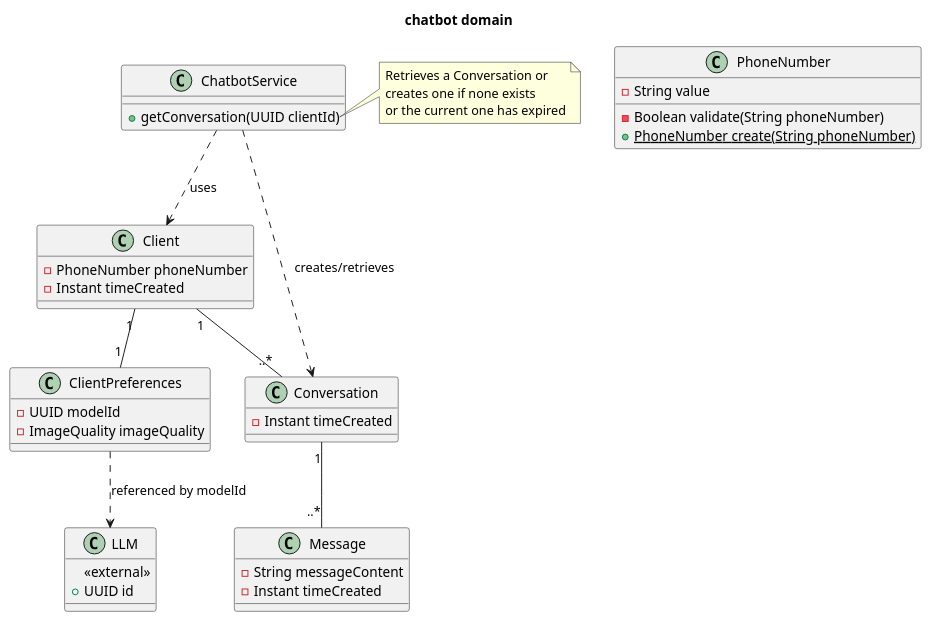
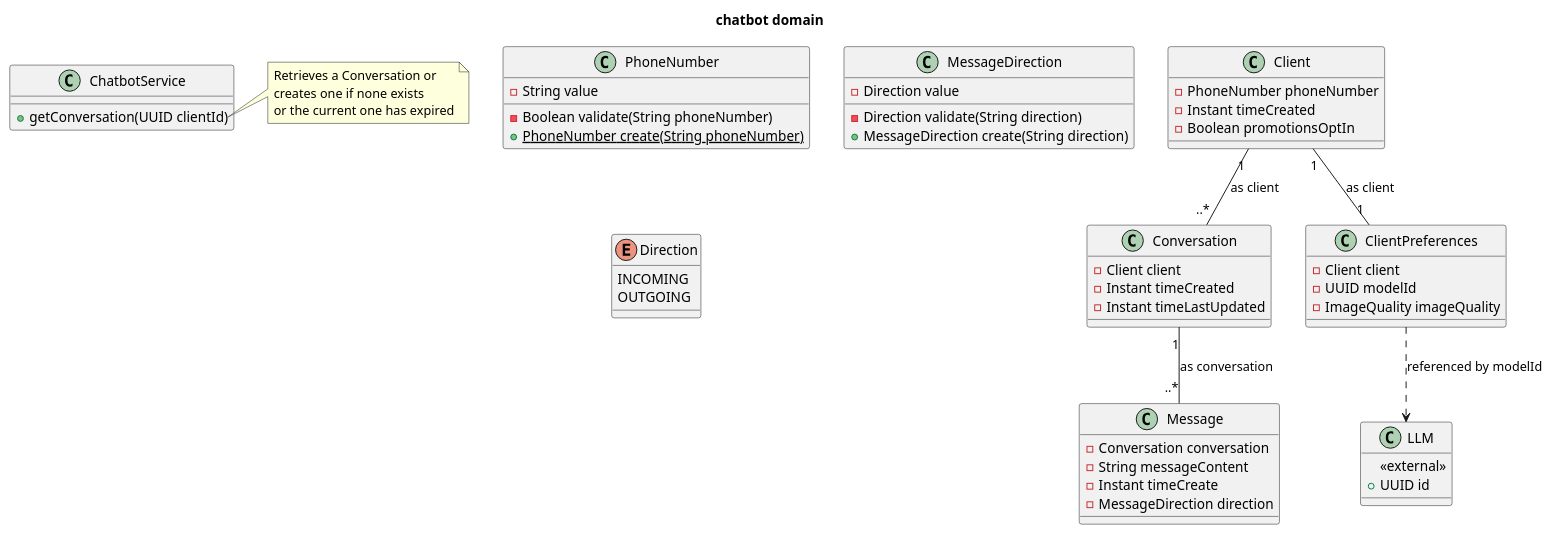
Before and after one commit to pondem87/medulla2j: the diagram in docs/uml/domain-modelling/chatbot-domain.puml, drawn with PlantUML. The commit also changed 6 other files, not shown here.

```diff
--- a/docs/uml/domain-modelling/chatbot-domain.puml
+++ b/docs/uml/domain-modelling/chatbot-domain.puml
@@ -1,60 +1,74 @@
 @startuml
 title chatbot domain
 
 '=== Entities ===
 class Client {
     -PhoneNumber phoneNumber
     -Instant timeCreated
+    -Boolean promotionsOptIn
 }
 
 class Conversation {
+    -Client client
     -Instant timeCreated
+    -Instant timeLastUpdated
 }
 
 class Message {
+    -Conversation conversation
     -String messageContent
-    -Instant timeCreated
+    -Instant timeCreate
+    -MessageDirection direction
 }
 
 '=== Entities ===
 class ClientPreferences {
+    -Client client
     -UUID modelId
     -ImageQuality imageQuality
 }
 
 '=== VALUE OBJECTS ===
 class PhoneNumber {
     -String value
     -Boolean validate(String phoneNumber)
     {static}+PhoneNumber create(String phoneNumber)
+}
+
+class MessageDirection {
+    -Direction value
+    -Direction validate(String direction)
+    +MessageDirection create(String direction)
+}
+
+enum Direction {
+    INCOMING
+    OUTGOING
 }
 
 '=== SERVICES ===
 class ChatbotService {
     +getConversation(UUID clientId)
 }
 
 note right of ChatbotService::getConversation
 Retrieves a Conversation or
 creates one if none exists
 or the current one has expired
 end note
 
 '=== ASSOCIATIONS ===
-Client "1" -- "..*" Conversation
-Client "1" -- "1" ClientPreferences
-Conversation "1" -- "..*" Message
-
-ChatbotService ..> Client : uses
-ChatbotService ..> Conversation : creates/retrieves
+Client "1" -- "..*" Conversation: as client
+Client "1" -- "1" ClientPreferences: as client
+Conversation "1" -- "..*" Message: as conversation
 
 '=== EXTERNAL REFERENCES ===
 
 class LLM {
     <<external>>
     +UUID id
 }
 
 ClientPreferences ..> LLM : referenced by modelId
 
 @enduml
```
